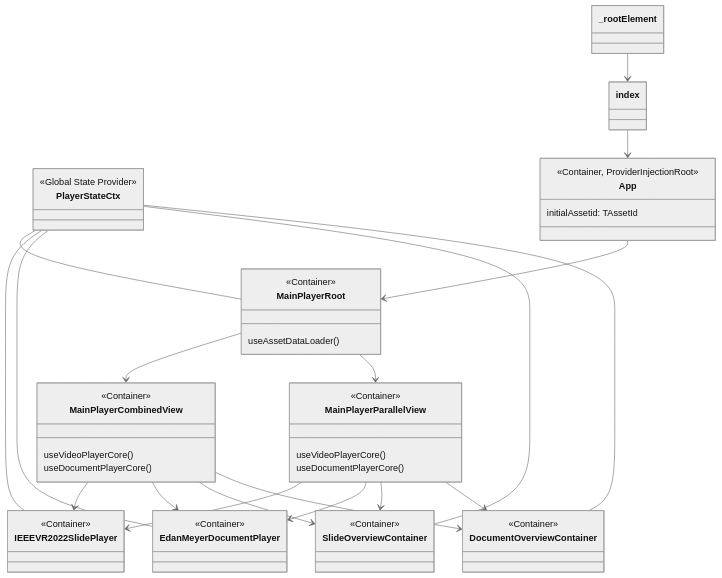
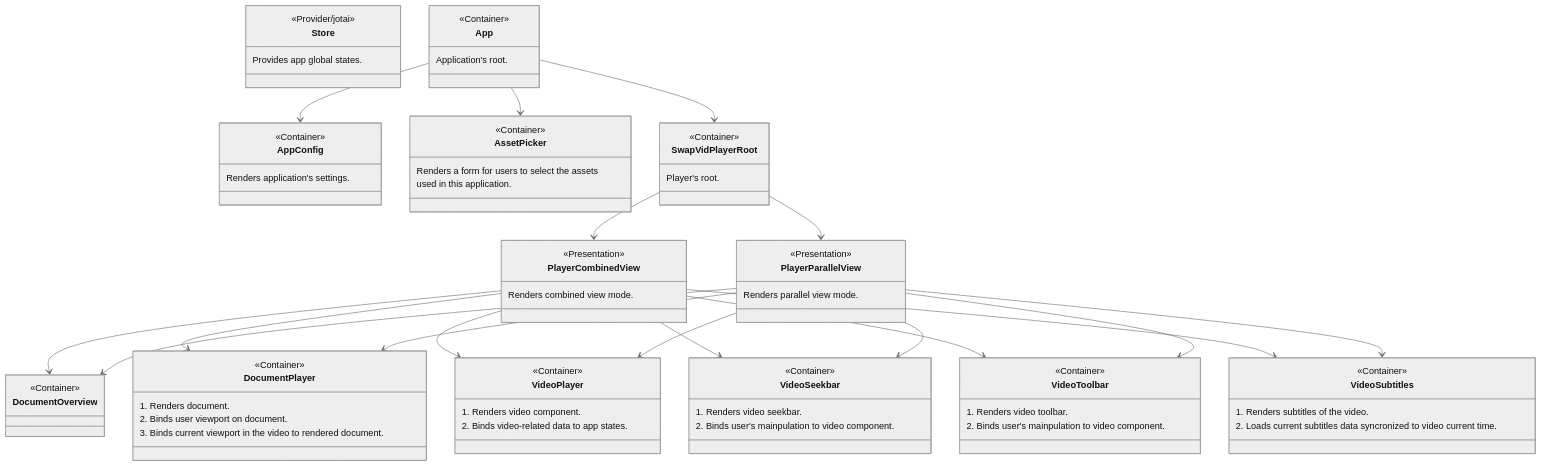
One commit to taichimurakami-github/swapvid_frontend changed the diagram in README.md. Above: the diagram before and after it, drawn with Mermaid (neutral theme). The commit also changed other lines of this file, not shown here.

Commit message:
Update README.md
Initial updates for README.md

````diff
--- a/README.md
+++ b/README.md
@@ -77,69 +32,105 @@
 ```mermaid
 classDiagram
-  class PlayerStateCtx {
-    <<Global State Provider>>
+
+  class Store{
+    <<Provider/jotai>>
+    Provides app global states.
   }
 
   class App{
-    <<Container, ProviderInjectionRoot>>
+    <<Container>>
 
-    initialAssetid: TAssetId
+    Application's root.
   }
 
-  class MainPlayerRoot {
+  class AppConfig{
     <<Container>>
-    useAssetDataLoader()
+
+    Renders application's settings.
   }
 
-  class MainPlayerParallelView {
+  class AssetPicker {
     <<Container>>
-    useVideoPlayerCore()
-    useDocumentPlayerCore()
+
+    Renders a form for users to select the assets
+    used in this application.
   }
 
-  class MainPlayerCombinedView {
+  class SwapVidPlayerRoot {
     <<Container>>
-    useVideoPlayerCore()
-    useDocumentPlayerCore()
+    Player's root.
   }
 
-  class DocumentOverviewContainer {
+  class PlayerCombinedView {
+    <<Presentation>>
+
+    Renders combined view mode.
+  }
+
+  class PlayerParallelView {
+    <<Presentation>>
+
+    Renders parallel view mode.
+  }
+
+  class DocumentOverview {
     <<Container>>
   }
 
-  class SlideOverviewContainer {
+  class DocumentPlayer {
     <<Container>>
+    1. Renders document.
+    2. Binds user viewport on document.
+    3. Binds current viewport in the video to rendered document.
   }
 
-  class IEEEVR2022SlidePlayer{
+
+  class VideoPlayer{
     <<Container>>
+    1. Renders video component.
+    2. Binds video-related data to app states.
   }
 
-  class EdanMeyerDocumentPlayer{
+  class VideoToolbar{
     <<Container>>
+    1. Renders video toolbar.
+    2. Binds user's mainpulation to video component.
   }
-  _rootElement --> index
-  index --> App
 
 
-  App --> MainPlayerRoot
+  class VideoSeekbar{
+    <<Container>>
+    1. Renders video seekbar.
+    2. Binds user's mainpulation to video component.
+  }
 
-  MainPlayerRoot --> MainPlayerCombinedView
-  MainPlayerRoot --> MainPlayerParallelView
-  PlayerStateCtx -- MainPlayerRoot
+  class VideoSubtitles{
+    <<Container>>
+    1. Renders subtitles of the video.
+    2. Loads current subtitles data syncronized to video current time.
+  }
 
-  MainPlayerCombinedView --> IEEEVR2022SlidePlayer
-  MainPlayerCombinedView --> EdanMeyerDocumentPlayer
-  MainPlayerCombinedView --> SlideOverviewContainer
-  MainPlayerCombinedView --> DocumentOverviewContainer
 
-  MainPlayerParallelView --> IEEEVR2022SlidePlayer
-  MainPlayerParallelView --> EdanMeyerDocumentPlayer
-  MainPlayerParallelView --> SlideOverviewContainer
-  MainPlayerParallelView --> DocumentOverviewContainer
-  SlideOverviewContainer -- PlayerStateCtx
-  DocumentOverviewContainer -- PlayerStateCtx
-  IEEEVR2022SlidePlayer -- PlayerStateCtx
-  EdanMeyerDocumentPlayer -- PlayerStateCtx
+  App --> SwapVidPlayerRoot
+  App --> AppConfig
+  App --> AssetPicker
 
+  SwapVidPlayerRoot --> PlayerCombinedView
+  SwapVidPlayerRoot --> PlayerParallelView
+
+
+  PlayerCombinedView --> DocumentOverview
+  PlayerCombinedView --> DocumentPlayer
+  PlayerCombinedView --> VideoPlayer
+  PlayerCombinedView --> VideoSeekbar
+  PlayerCombinedView --> VideoToolbar
+  PlayerCombinedView --> VideoSubtitles
+
+
+  PlayerParallelView --> DocumentOverview
+  PlayerParallelView --> DocumentPlayer
+  PlayerParallelView --> VideoPlayer
+  PlayerParallelView --> VideoSeekbar
+  PlayerParallelView --> VideoToolbar
+  PlayerParallelView --> VideoSubtitles
 ```
````
